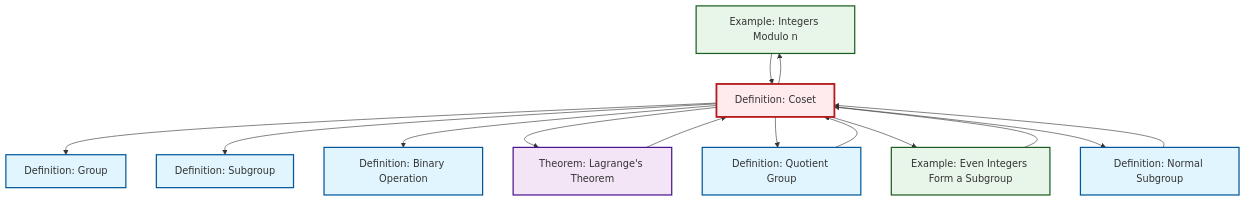
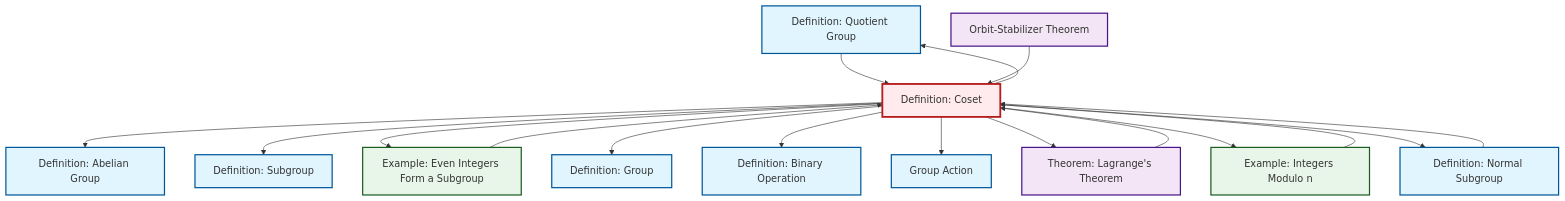
One commit to RK0429/ModernMath changed the diagram in content/en/algebra/def-coset.qmd. Above: the diagram before and after it, drawn with Mermaid. The commit also changed other lines of this file and 474 other files, not shown here.

First line of the commit message:
Add group action content with comprehensive cross-references

````diff
--- a/content/en/algebra/def-coset.qmd
+++ b/content/en/algebra/def-coset.qmd
@@ -157,40 +158,49 @@
 ```{mermaid}
 %%| fig-cap: "Local dependency graph"
 graph TD
     classDef definition fill:#e1f5fe,stroke:#01579b,stroke-width:2px
     classDef theorem fill:#f3e5f5,stroke:#4a148c,stroke-width:2px
     classDef axiom fill:#fff3e0,stroke:#e65100,stroke-width:2px
     classDef example fill:#e8f5e9,stroke:#1b5e20,stroke-width:2px
     classDef current fill:#ffebee,stroke:#b71c1c,stroke-width:3px
+    def-abelian-group["Definition: Abelian Group"]:::definition
+    def-quotient-group["Definition: Quotient Group"]:::definition
     ex-quotient-integers-mod-n["Example: Integers Modulo n"]:::example
+    thm-lagrange["Theorem: Lagrange's Theorem"]:::theorem
     def-coset["Definition: Coset"]:::definition
+    def-normal-subgroup["Definition: Normal Subgroup"]:::definition
+    def-group-action["Group Action"]:::definition
+    ex-even-integers-subgroup["Example: Even Integers Form a Subgroup"]:::example
     def-group["Definition: Group"]:::definition
+    thm-orbit-stabilizer["Orbit-Stabilizer Theorem"]:::theorem
     def-binary-operation["Definition: Binary Operation"]:::definition
-    def-normal-subgroup["Definition: Normal Subgroup"]:::definition
-    def-quotient-group["Definition: Quotient Group"]:::definition
-    thm-lagrange["Theorem: Lagrange's Theorem"]:::theorem
-    ex-even-integers-subgroup["Example: Even Integers Form a Subgroup"]:::example
     def-subgroup["Definition: Subgroup"]:::definition
+    def-coset --> def-quotient-group
+    def-coset --> def-abelian-group
+    def-coset --> def-subgroup
+    def-quotient-group --> def-coset
+    thm-lagrange --> def-coset
+    def-coset --> ex-even-integers-subgroup
+    thm-orbit-stabilizer --> def-coset
+    def-coset --> def-group
+    def-coset --> def-binary-operation
+    ex-quotient-integers-mod-n --> def-coset
+    def-normal-subgroup --> def-coset
+    def-coset --> def-group-action
     ex-even-integers-subgroup --> def-coset
-    def-coset --> def-group
-    def-coset --> def-subgroup
-    def-coset --> def-binary-operation
-    thm-lagrange --> def-coset
+    def-coset --> thm-lagrange
     def-coset --> ex-quotient-integers-mod-n
-    def-coset --> thm-lagrange
-    def-coset --> def-quotient-group
-    def-quotient-group --> def-coset
-    def-normal-subgroup --> def-coset
-    def-coset --> ex-even-integers-subgroup
-    ex-quotient-integers-mod-n --> def-coset
     def-coset --> def-normal-subgroup
     class def-coset current
+    click def-abelian-group "def-abelian-group.html" "Go to Abelian Group definition"
+    click def-quotient-group "def-quotient-group.html" "Go to Quotient Group definition"
     click ex-quotient-integers-mod-n "ex-quotient-integers-mod-n.html" "Go to Integers Modulo n example"
+    click thm-lagrange "thm-lagrange.html" "Go to Lagrange's Theorem theorem"
+    click def-normal-subgroup "def-normal-subgroup.html" "Go to Normal Subgroup definition"
+    click def-group-action "def-group-action.html" "Go to Group Action"
+    click ex-even-integers-subgroup "ex-even-integers-subgroup.html" "Go to Even Integers Form a Subgroup example"
     click def-group "def-group.html" "Go to Group definition"
+    click thm-orbit-stabilizer "thm-orbit-stabilizer.html" "Go to Orbit-Stabilizer Theorem"
     click def-binary-operation "def-binary-operation.html" "Go to Binary Operation definition"
-    click def-normal-subgroup "def-normal-subgroup.html" "Go to Normal Subgroup definition"
-    click def-quotient-group "def-quotient-group.html" "Go to Quotient Group definition"
-    click thm-lagrange "thm-lagrange.html" "Go to Lagrange's Theorem theorem"
-    click ex-even-integers-subgroup "ex-even-integers-subgroup.html" "Go to Even Integers Form a Subgroup example"
     click def-subgroup "def-subgroup.html" "Go to Subgroup definition"
 ```
````
